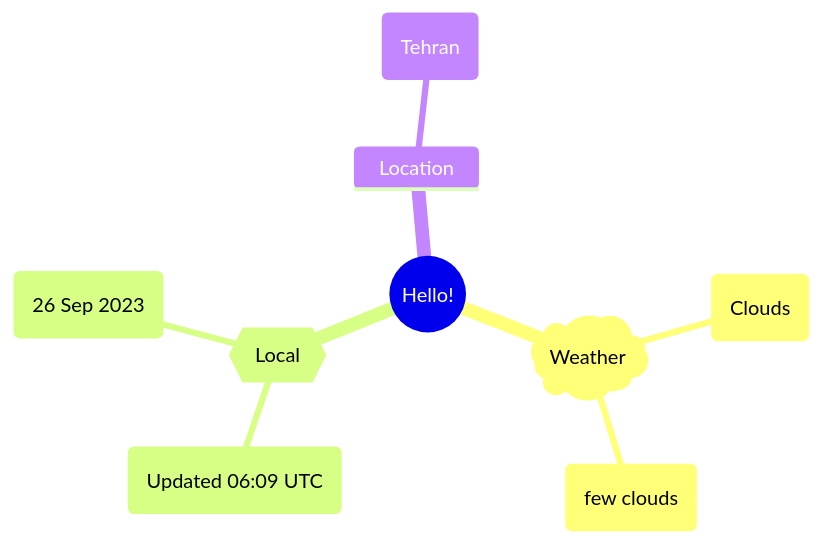
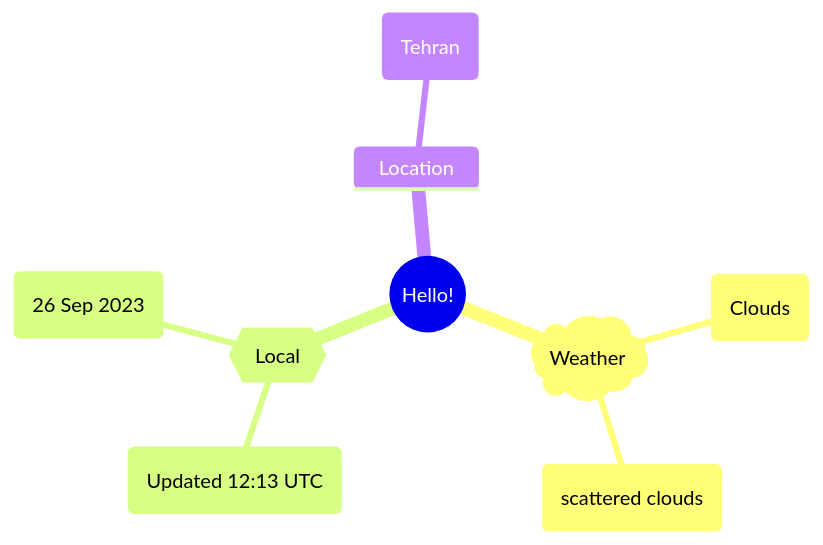
The first of 2 diagrams in README.md (Xosrov/Xosrov), drawn with Mermaid before and after one commit.

Commit message:
[bot] updated images

````diff
--- a/README.md
+++ b/README.md
@@ -3,12 +3,12 @@
 ```mermaid
 mindmap
   root((Hello!))
     )Weather(
         (Clouds)
-        (few clouds)
+        (scattered clouds)
     {{Local}}
-        (Updated 06:09 UTC)
+        (Updated 12:13 UTC)
         (26 Sep 2023)
     Location
         (Tehran)
 ```
````
